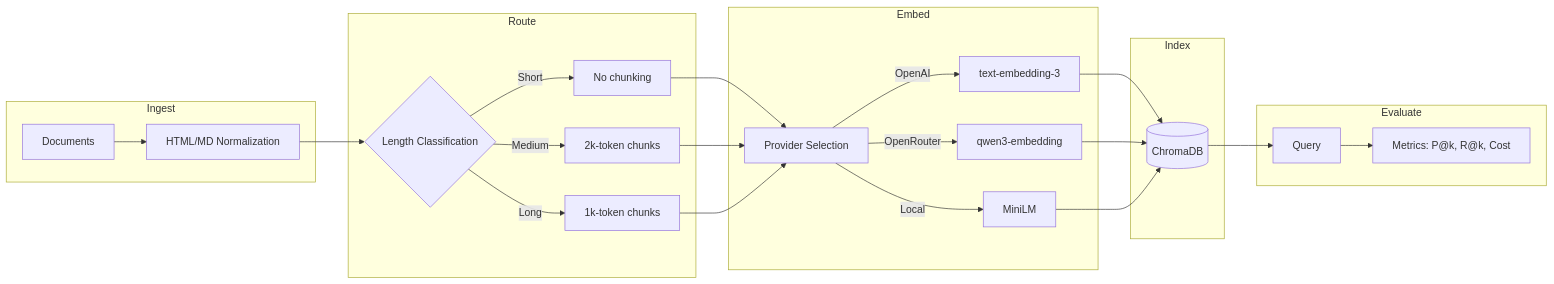
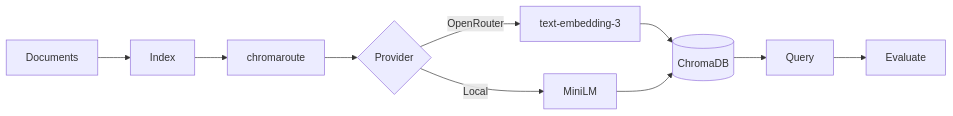
Before and after one commit to seanbrar/ContextRAG: the diagram in README.md, drawn with Mermaid. The commit also changed other lines of this file and 3 other files, not shown here.

Commit message:
docs: update design decisions and add evolution roadmap

````diff
--- a/README.md
+++ b/README.md
@@ -79,29 +120,11 @@
 ```mermaid
 flowchart LR
-    subgraph Ingest
-        A[Documents] --> B[HTML/MD Normalization]
-    end
-
-    subgraph Route
-        B --> C{Length Classification}
-        C -->|Short| D[No chunking]
-        C -->|Medium| E[2k-token chunks]
-        C -->|Long| F[1k-token chunks]
-    end
-
-    subgraph Embed
-        D & E & F --> G[Provider Selection]
-        G -->|OpenAI| H1[text-embedding-3]
-        G -->|OpenRouter| H2[qwen3-embedding]
-        G -->|Local| H3[MiniLM]
-    end
-
-    subgraph Index
-        H1 & H2 & H3 --> I[(ChromaDB)]
-    end
-
-    subgraph Evaluate
-        I --> J[Query]
-        J --> K[Metrics: P@k, R@k, Cost]
-    end
+    A[Documents] --> B[Index]
+    B --> C[chromaroute]
+    C --> D{Provider}
+    D -->|OpenRouter| E[text-embedding-3]
+    D -->|Local| F[MiniLM]
+    E & F --> G[(ChromaDB)]
+    G --> H[Query]
+    H --> I[Evaluate]
 ```
````
